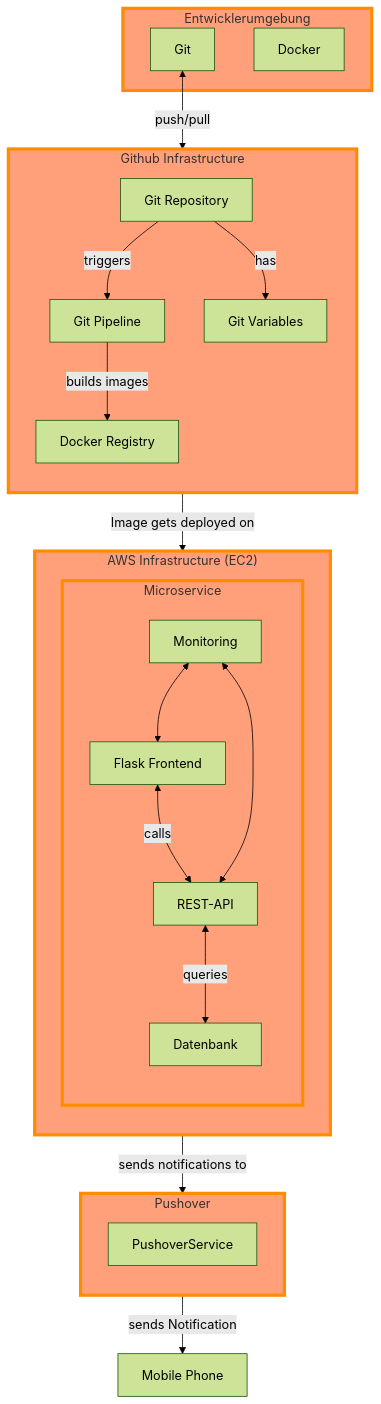
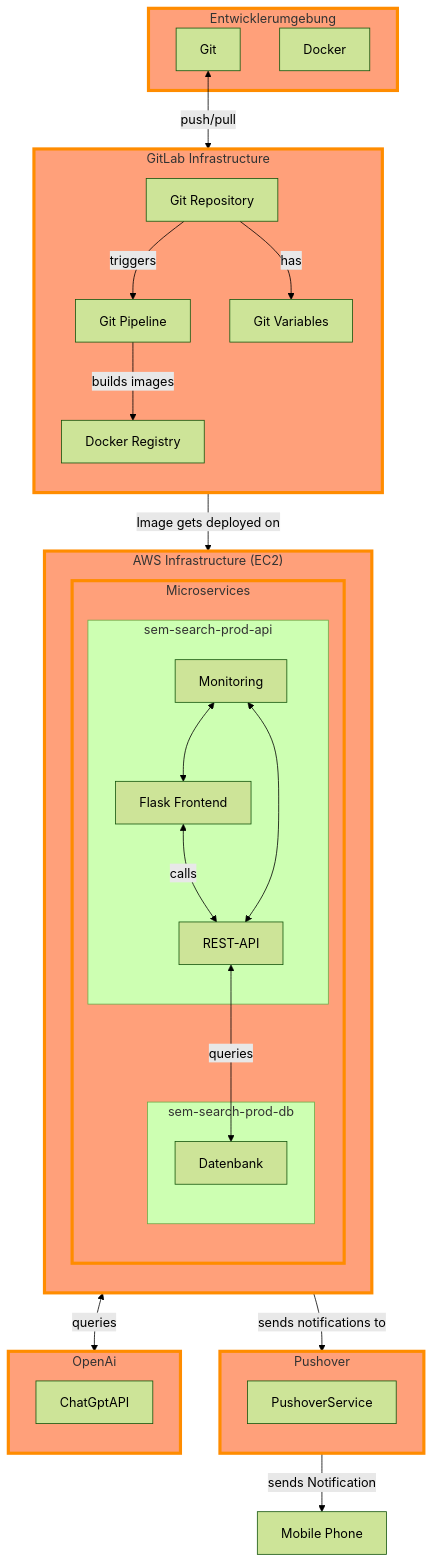
One commit to danyambuehl/ITCNE23-SEM-Ill changed the diagram in docs/02_Plannung/theoretischer_loesungsanstz.md. Above: the diagram before and after it, drawn with Mermaid (forest theme). The commit also changed 6 other files, not shown here.

Commit message:
mermaid update and gitlab

````diff
--- a/docs/02_Plannung/theoretischer_loesungsanstz.md
+++ b/docs/02_Plannung/theoretischer_loesungsanstz.md
@@ -50,59 +50,70 @@
 ```mermaid
 flowchart TB
 
         direction TB
         %% Define Entwickler Block
         subgraph Entwicklerumgebung["Entwicklerumgebung"]
             Git
             Docker["Docker"]
         end
         %% Define AWS Infrastructure Block
         subgraph Infrastructure["AWS Infrastructure (EC2)"]
             direction TB
         %% Define Microservices Block
-        subgraph Microservices["Microservice"]
+        subgraph Microservices["Microservices"]
             direction TB
+            subgraph sem-search-prod-api
             FlaskFrontend["Flask Frontend"]
             Monitoring["Monitoring"]
             RESTAPI["REST-API"]
+            end
+
+            subgraph sem-search-prod-db
             Datenbank["Datenbank"]
+            end
 
         end
         end
-        %% Define Github Infrastructure Block
-        subgraph Github_Infrastructure["Github Infrastructure"]
+        %% Define GitLab Infrastructure Block
+        subgraph GitLab_Infrastructure["GitLab Infrastructure"]
             direction TB
             GitRepository["Git Repository"]
             GitVariables["Git Variables"]
             GitPipeline["Git Pipeline"]
             Registry["Docker Registry"]
         end
         %% Define Pushover Block
         subgraph Pushover
             direction TB
             PushoverService
         end
-
+        %% Define OpenAI Block
+        subgraph OpenAi
+            direction TB
+            ChatGptAPI
+        end
 
     EndUser["Mobile Phone"]
 
     %% Define Relationships
     FlaskFrontend <-->|calls| RESTAPI
     Monitoring <--> FlaskFrontend
     Monitoring <--> RESTAPI
     RESTAPI <-->|queries| Datenbank
     GitPipeline -->|builds images| Registry
     GitRepository -->| triggers | GitPipeline
     GitRepository -->| has| GitVariables
     Registry -->|Image gets deployed on | Infrastructure
     RESTAPI -->|sends notifications to| Pushover
     Pushover -->|sends Notification| EndUser
+    RESTAPI <-->|queries| OpenAi
     Git <--> |push/pull| GitRepository
 
     %% Define Styles
     style Entwicklerumgebung fill:#FFA07A,stroke:#FF8C00,stroke-width:4px
     style Microservices fill:#FFA07A,stroke:#FF8C00,stroke-width:4px
-    style Github_Infrastructure fill:#FFA07A,stroke:#FF8C00,stroke-width:4px
+    style GitLab_Infrastructure fill:#FFA07A,stroke:#FF8C00,stroke-width:4px
     style Infrastructure fill:#FFA07A,stroke:#FF8C00,stroke-width:4px
     style Pushover fill:#FFA07A,stroke:#FF8C00,stroke-width:4px
+    style OpenAi fill:#FFA07A,stroke:#FF8C00,stroke-width:4px
 ```
````
